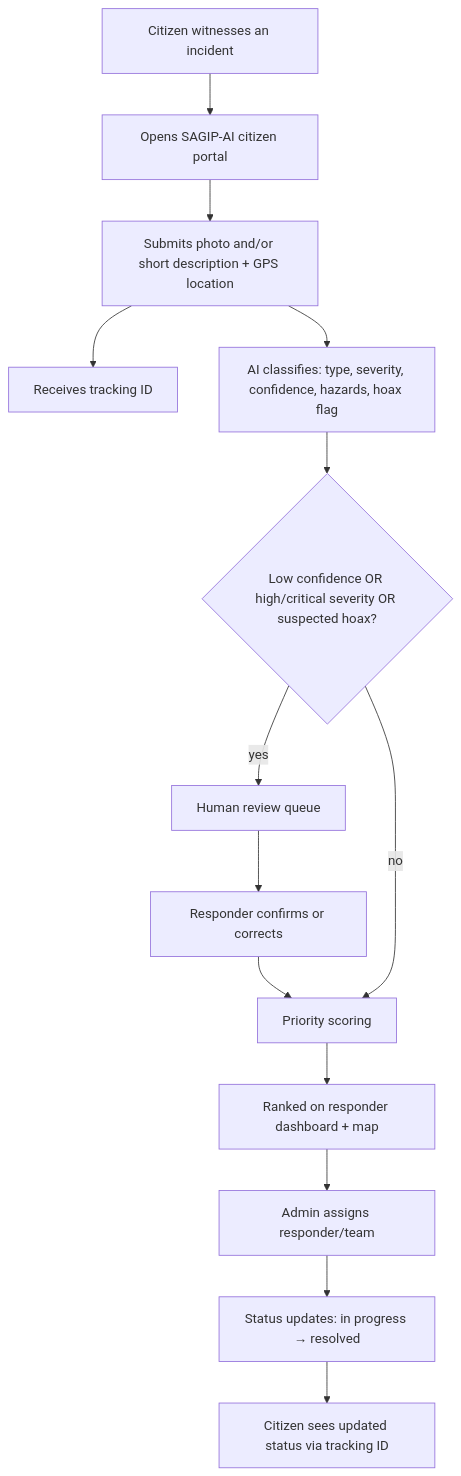
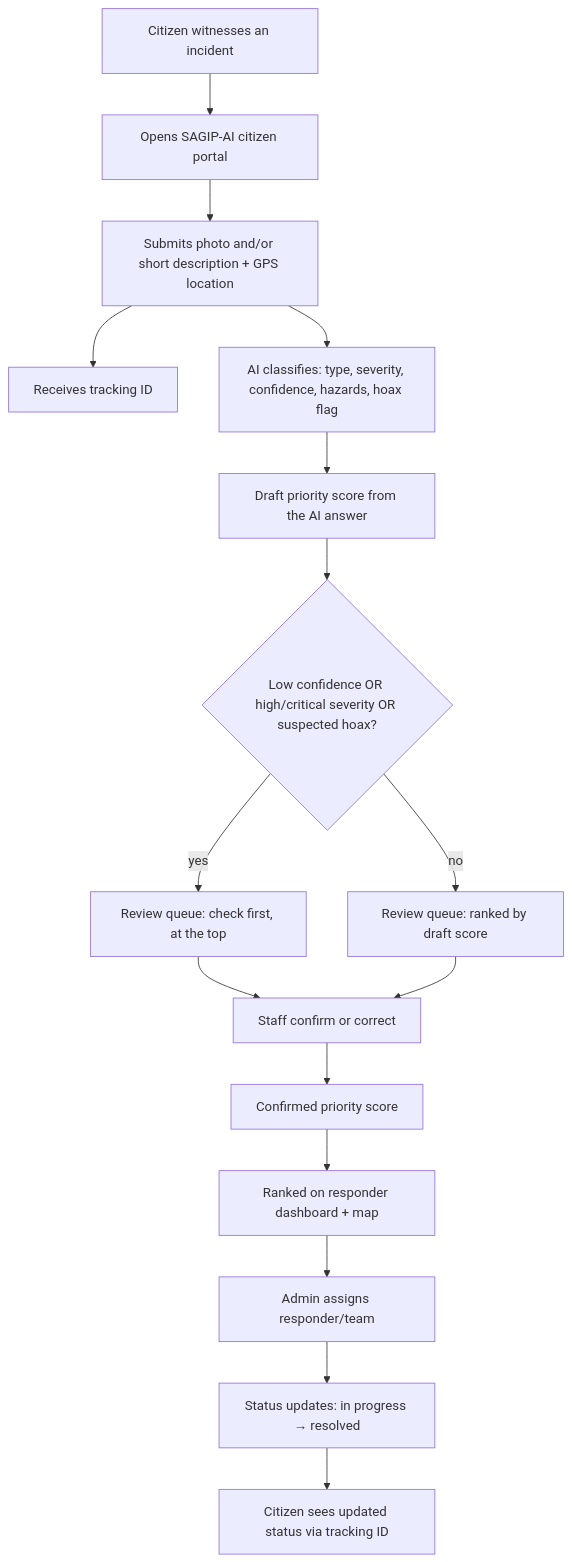
The first of 8 diagrams in docs/DOCUMENTATION.md (helidastar/SAGIP-AI), drawn with Mermaid before and after one commit. The commit also changed other lines of this file and 13 other files, not shown here.

Commit message:
feat(review): every report goes to a person first with an AI draft and draft priority score

````diff
--- a/docs/DOCUMENTATION.md
+++ b/docs/DOCUMENTATION.md
@@ -138,16 +138,18 @@
 ```mermaid
 flowchart TD
     A[Citizen witnesses an incident] --> B[Opens SAGIP-AI citizen portal]
     B --> C["Submits photo and/or short description + GPS location"]
     C --> D[Receives tracking ID]
     C --> E[AI classifies: type, severity, confidence, hazards, hoax flag]
-    E --> F{"Low confidence OR high/critical severity OR suspected hoax?"}
-    F -- yes --> G[Human review queue]
-    G --> H[Responder confirms or corrects]
-    H --> I[Priority scoring]
-    F -- no --> I
+    E --> P[Draft priority score from the AI answer]
+    P --> F{"Low confidence OR high/critical severity OR suspected hoax?"}
+    F -- yes --> G1[Review queue: check first, at the top]
+    F -- no --> G2[Review queue: ranked by draft score]
+    G1 --> H[Staff confirm or correct]
+    G2 --> H
+    H --> I[Confirmed priority score]
     I --> J[Ranked on responder dashboard + map]
     J --> K[Admin assigns responder/team]
     K --> L[Status updates: in progress → resolved]
     L --> M[Citizen sees updated status via tracking ID]
 ```
````
